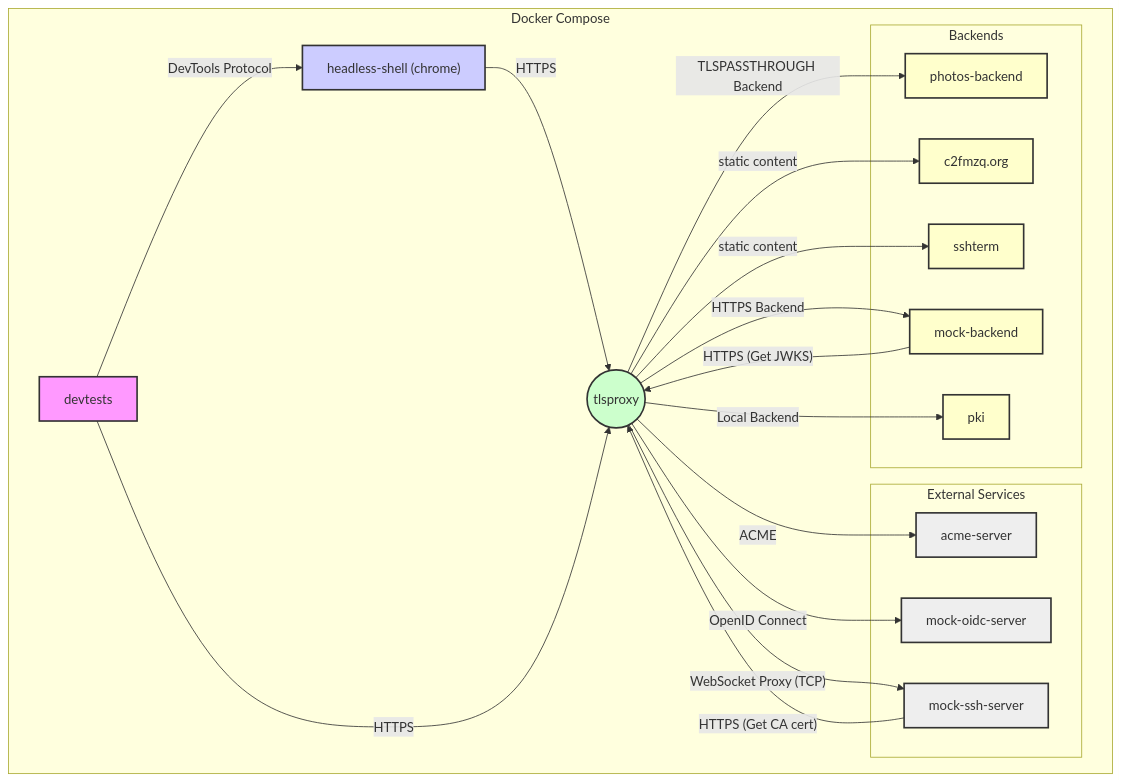
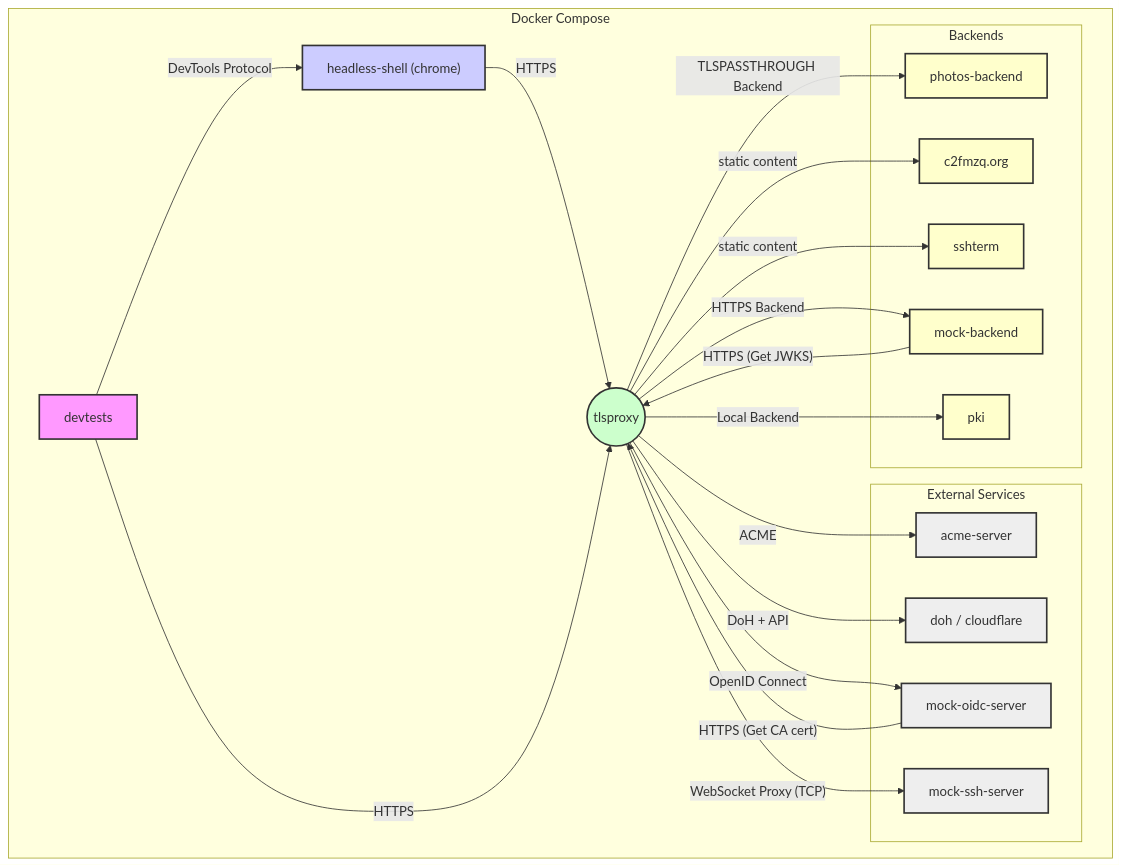
Before and after one commit to c2FmZQ/integration-tests: the diagram in README.md, drawn with Mermaid. The commit also changed other lines of this file and 12 other files, not shown here.

First line of the commit message:
feat(doh-server): Implement Cloudflare API for ECH publishing (#24)

````diff
--- a/README.md
+++ b/README.md
@@ -9,46 +9,49 @@
 ```mermaid
 graph TD
     subgraph "Docker Compose"
         A[devtests]
         B["headless-shell (chrome)"];
         P((tlsproxy));
         subgraph "External Services"
             S1[acme-server];
-            S2[mock-oidc-server];
-            S3[mock-ssh-server];
+            S2["doh / cloudflare"];
+            S3[mock-oidc-server];
+            S4[mock-ssh-server];
         end
         subgraph "Backends"
             B1[photos-backend];
             B2[c2fmzq.org];
             B3[sshterm];
             B4[mock-backend];
             B5[pki]
         end
     end
 
     A -->|DevTools Protocol| B;
     B -->|HTTPS| P;
     A -->|HTTPS| P;
     P -->|"ACME"| S1;
-    P -->|"OpenID Connect"| S2;
-    P -->|"WebSocket Proxy (TCP)"| S3;
+    P -->|"DoH + API"| S2;
+    P -->|"OpenID Connect"| S3;
+    P -->|"WebSocket Proxy (TCP)"| S4;
     S3 -->|"HTTPS (Get CA cert)"| P;
     P -->|TLSPASSTHROUGH Backend| B1;
     P -->|static content| B2;
     P -->|static content| B3;
     P -->|HTTPS Backend| B4;
     B4 -->|"HTTPS (Get JWKS)"| P
     P -->|Local Backend| B5;
 
     style S1 fill:#eee,stroke:#333,stroke-width:2px
     style S2 fill:#eee,stroke:#333,stroke-width:2px
     style S3 fill:#eee,stroke:#333,stroke-width:2px
+    style S4 fill:#eee,stroke:#333,stroke-width:2px
     style A fill:#f9f,stroke:#333,stroke-width:2px
     style B fill:#ccf,stroke:#333,stroke-width:2px
     style P fill:#cfc,stroke:#333,stroke-width:2px
     style B1 fill:#ffc,stroke:#333,stroke-width:2px
     style B2 fill:#ffc,stroke:#333,stroke-width:2px
     style B3 fill:#ffc,stroke:#333,stroke-width:2px
     style B4 fill:#ffc,stroke:#333,stroke-width:2px
     style B5 fill:#ffc,stroke:#333,stroke-width:2px
 ```
````
